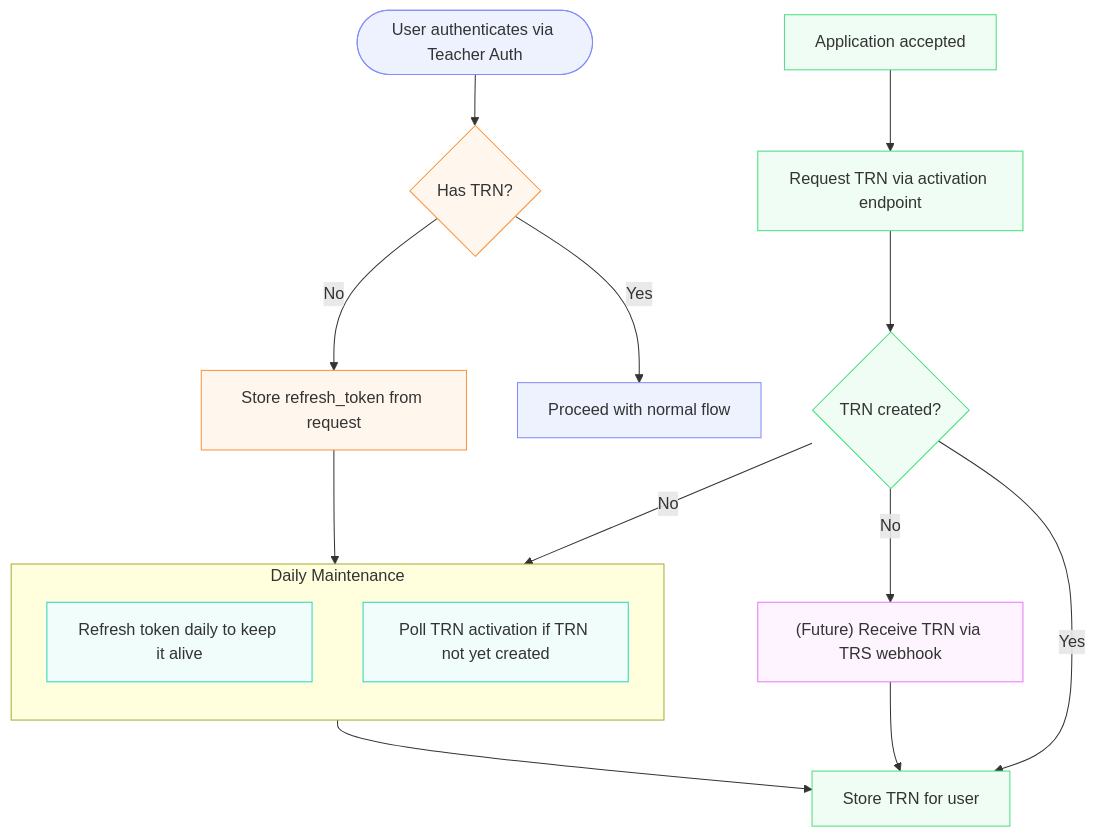
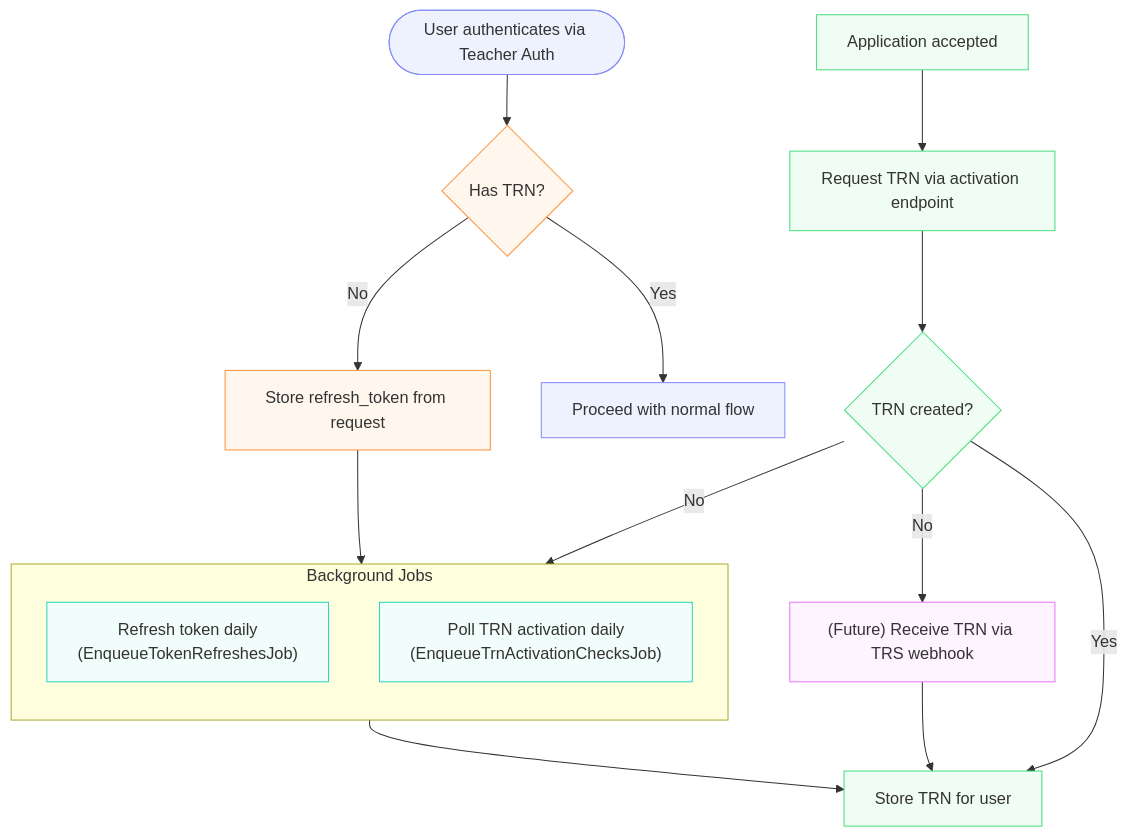
Before and after one commit to DFE-Digital/teacher-training-entitlement: the diagram in docs/trn.md, drawn with Mermaid. The commit also changed other lines of this file, not shown here.

Commit message:
Update TRN docs

````diff
--- a/docs/trn.md
+++ b/docs/trn.md
@@ -13,44 +13,44 @@
 ```mermaid
 ---
 layout: elk
 ---
 
 flowchart TD
     A(["User authenticates via Teacher Auth"]) --> B{"Has TRN?"}
     B -- Yes --> F["Proceed with normal flow"]
     B -- No --> C["Store refresh_token from request"]
 
-    subgraph DailyMaintenance [Daily Maintenance]
+    subgraph BackgroundJobs [Background Jobs]
         direction TB
-        D["Refresh token daily to keep it alive"]
-        G["Poll TRN activation if TRN not yet created"]
+        D["Refresh token daily<br/>(EnqueueTokenRefreshesJob)"]
+        G["Poll TRN activation daily<br/>(EnqueueTrnActivationChecksJob)"]
     end
 
     C --> D
 
     E["Application accepted"] --> H["Request TRN via activation endpoint"]
     H --> I{"TRN created?"}
 
     %% Move the TRN Created 'Yes' path to the right
     I -- Yes --> JR["Store TRN for user"]
 
     I -- No --> G
     G --> JR
 
     %% Future webhook path outside of Daily Maintenance
     W["(Future) Receive TRN via TRS webhook"]
     I -- No --> W
     W --> JR
 
     classDef indigo stroke:#818cf8,fill:#eef2ff
     classDef teal stroke:#2dd4bf,fill:#f0fdfa
     classDef green stroke:#4ade80,fill:#f0fdf4
     classDef orange stroke:#fb923c,fill:#fff7ed
     classDef fuchsia stroke:#e879f9,fill:#fdf4ff
 
     class A,F indigo
     class B,C orange
     class D,G teal
     class E,H,I,JR green
     class W fuchsia
 ```
````
